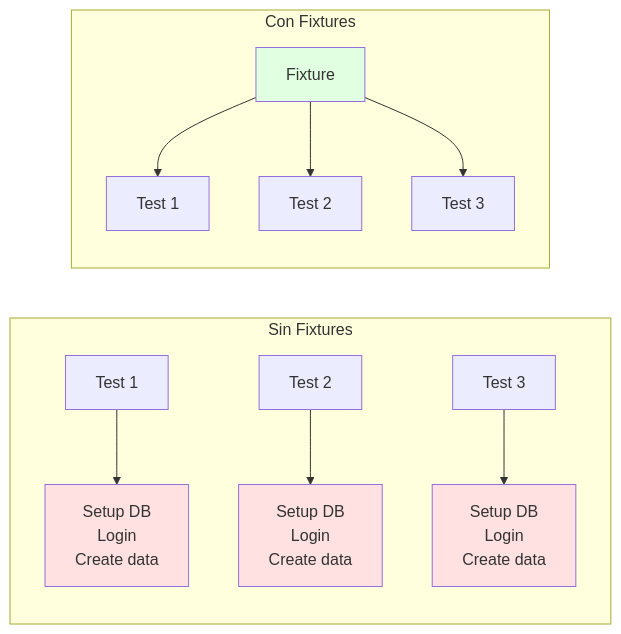
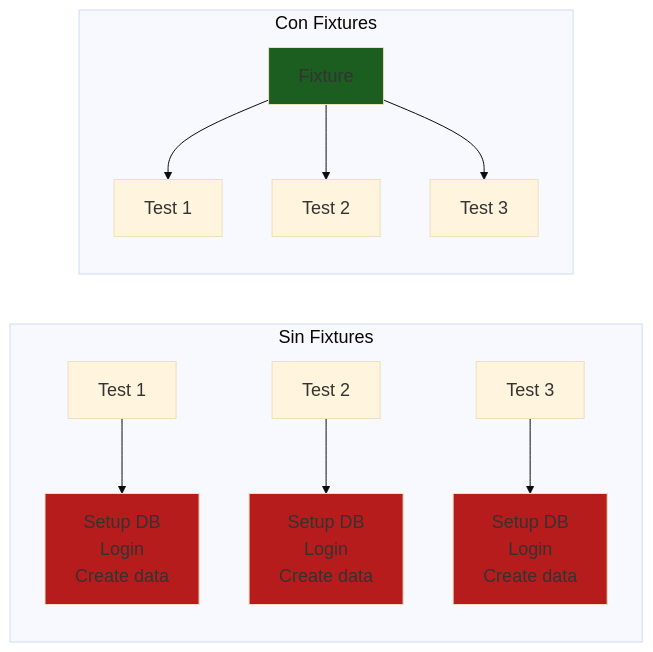
One commit to Ai-Whisperers/Courses-Content changed the second of 2 diagrams in courses/🟡-development/FPUNA-2026/01-DESARROLLO-SOFTWARE/especializaciones/qa-automation/03-arquitectura-pruebas.md. Above: the diagram before and after it, drawn with Mermaid. The commit also changed other lines of this file and 47 other files, not shown here.

First line of the commit message:
fix: Make all 473 diagrams WCAG AAA accessible (FPUNA-2026)

````diff
--- a/courses/🟡-development/FPUNA-2026/01-DESARROLLO-SOFTWARE/especializaciones/qa-automation/03-arquitectura-pruebas.md
+++ b/courses/🟡-development/FPUNA-2026/01-DESARROLLO-SOFTWARE/especializaciones/qa-automation/03-arquitectura-pruebas.md
@@ -731,19 +732,20 @@
 ```mermaid
+%%{init: {'theme':'base', 'themeVariables': {'fontSize':'18px'}}}%%
 graph LR
     subgraph "Sin Fixtures"
         T1[Test 1] --> Setup1[Setup DB<br/>Login<br/>Create data]
         T2[Test 2] --> Setup2[Setup DB<br/>Login<br/>Create data]
         T3[Test 3] --> Setup3[Setup DB<br/>Login<br/>Create data]
     end
     
     subgraph "Con Fixtures"
         F[Fixture] --> T4[Test 1]
         F --> T5[Test 2]
         F --> T6[Test 3]
     end
     
-    style Setup1 fill:#FFE1E1
-    style Setup2 fill:#FFE1E1
-    style Setup3 fill:#FFE1E1
-    style F fill:#E1FFE1
+    style Setup1 fill:#b71c1c
+    style Setup2 fill:#b71c1c
+    style Setup3 fill:#b71c1c
+    style F fill:#1b5e20
 ```
````
